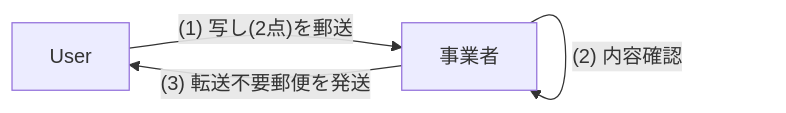
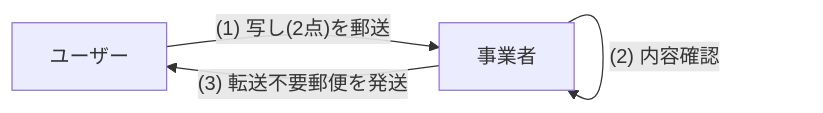
One commit to CiderH2CO3/study-hanshuho changed the tenth of 21 diagrams in hanshuho.md. Above: the diagram before and after it, drawn with Mermaid. The commit also changed other lines of this file and 1 other file, not shown here.

````diff
--- a/hanshuho.md
+++ b/hanshuho.md
@@ -378,6 +472,6 @@
 ```mermaid
 graph LR
-    User --(1) 写し(2点)を郵送--> Biz[事業者]
+    User[ユーザー] --(1) 写し(2点)を郵送--> Biz[事業者]
     Biz --(2) 内容確認--> Biz
     Biz --(3) 転送不要郵便を発送--> User
 ```
````
